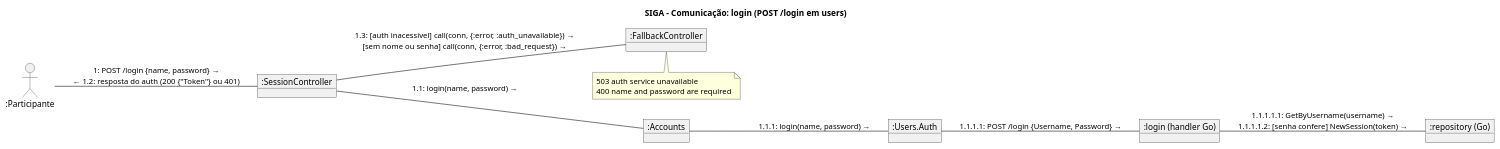
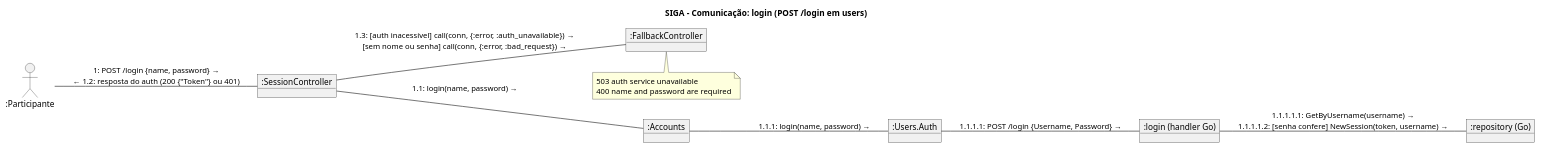
The diagram in docs/diagramas/comunicacao.puml (gboncoffee/siga), drawn with PlantUML before and after one commit. The commit also changed 22 other files, not shown here.

```diff
--- a/docs/diagramas/comunicacao.puml
+++ b/docs/diagramas/comunicacao.puml
@@ -1,29 +1,29 @@
 @startuml comunicacao
 ' PlantUML não tem diagrama de comunicação nativo. Ele é representado com
 ' objetos ligados por vínculos, e as mensagens numeradas ficam nos vínculos.
 title SIGA - Comunicação: login (POST /login em users)
 
 allowmixing
 left to right direction
 
 actor ":Participante" as P
 object ":SessionController" as Ctrl
 object ":Accounts" as Acc
 object ":Users.Auth" as Gw
 object ":login (handler Go)" as Login
 object ":repository (Go)" as Repo
 object ":FallbackController" as Fb
 
 P -- Ctrl : 1: POST /login {name, password} →\n← 1.2: resposta do auth (200 {"Token"} ou 401)
 Ctrl -- Acc : 1.1: login(name, password) →
 Acc -- Gw : 1.1.1: login(name, password) →
 Gw -- Login : 1.1.1.1: POST /login {Username, Password} →
-Login -- Repo : 1.1.1.1.1: GetByUsername(username) →\n1.1.1.1.2: [senha confere] NewSession(token) →
+Login -- Repo : 1.1.1.1.1: GetByUsername(username) →\n1.1.1.1.2: [senha confere] NewSession(token, username) →
 Ctrl -- Fb : 1.3: [auth inacessível] call(conn, {:error, :auth_unavailable}) →\n[sem nome ou senha] call(conn, {:error, :bad_request}) →
 
 note bottom of Fb
   503 auth service unavailable
   400 name and password are required
 end note
 
 @enduml
```
